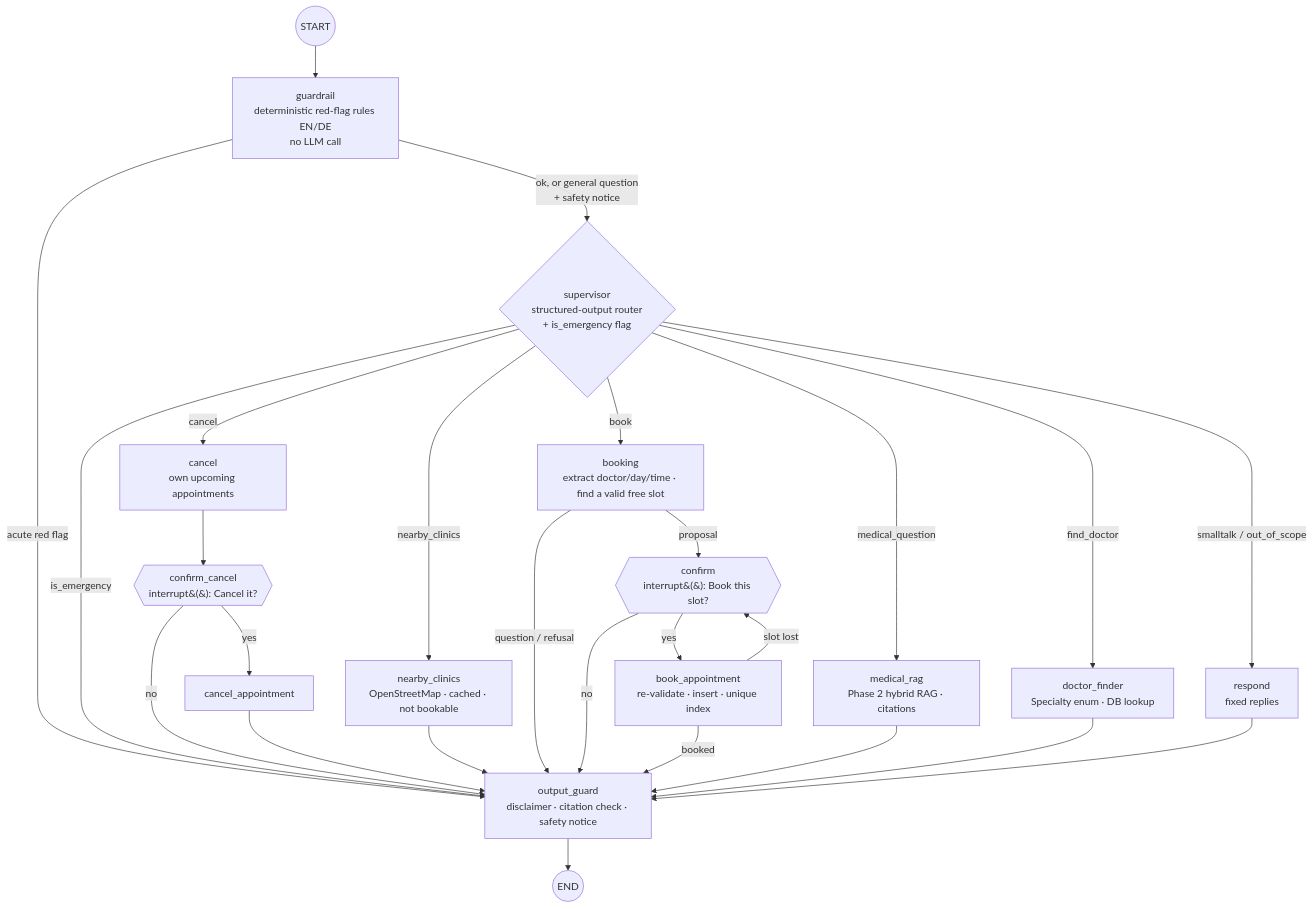
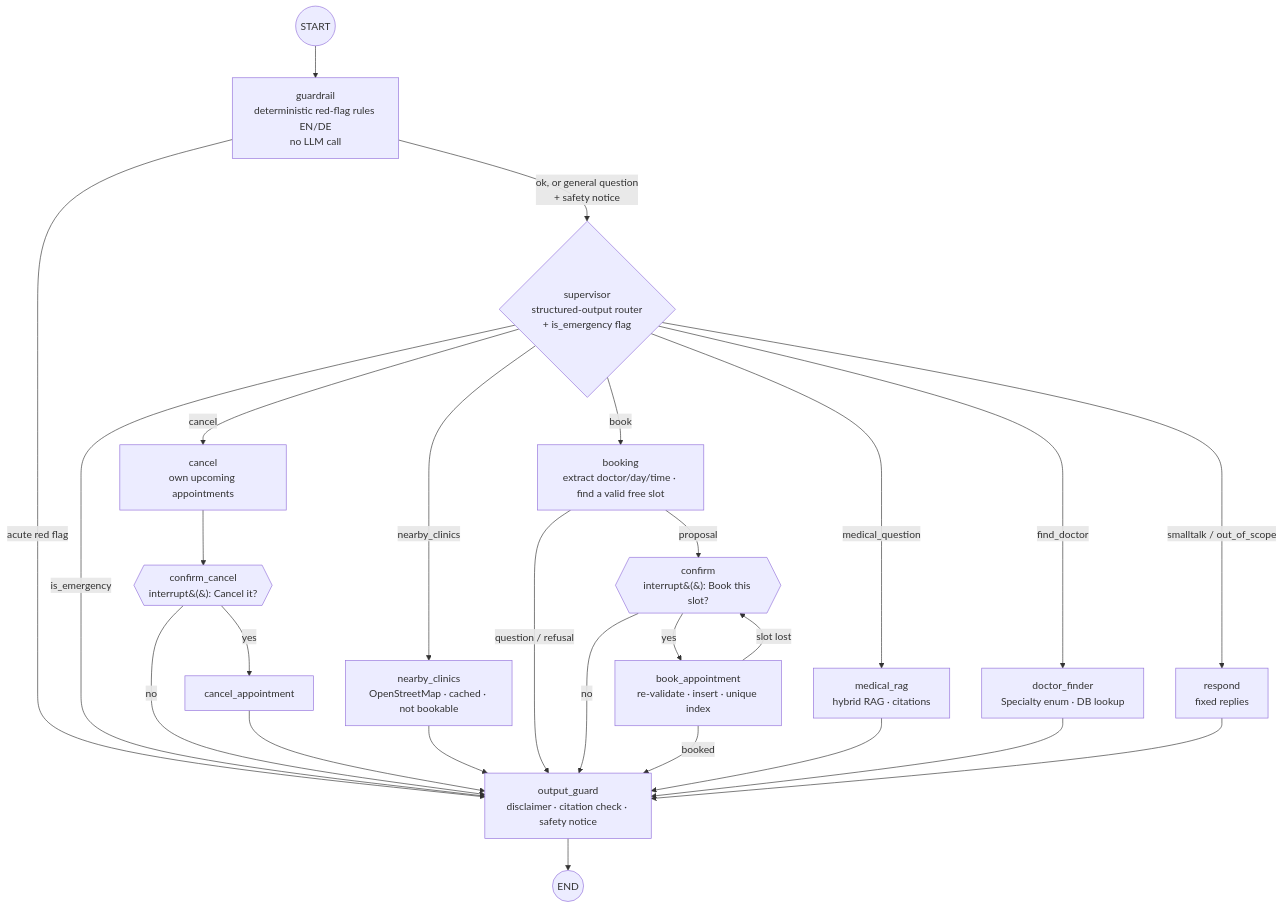
The second of 6 diagrams in docs/ARCHITECTURE.md (KeertiPremGadde/agentic-healthcare-assistant), drawn with Mermaid before and after one commit. The commit also changed other lines of this file and 69 other files, not shown here.

````diff
--- a/docs/ARCHITECTURE.md
+++ b/docs/ARCHITECTURE.md
@@ -27,28 +27,28 @@
 ```mermaid
 flowchart TD
     START((START)) --> GR[guardrail<br/>deterministic red-flag rules EN/DE<br/>no LLM call]
     GR -->|acute red flag| OUT
     GR -->|ok, or general question<br/>+ safety notice| SUP{supervisor<br/>structured-output router<br/>+ is_emergency flag}
     SUP -->|is_emergency| OUT
-    SUP -->|medical_question| RAG[medical_rag<br/>Phase 2 hybrid RAG · citations]
+    SUP -->|medical_question| RAG[medical_rag<br/>hybrid RAG · citations]
     SUP -->|find_doctor| DF[doctor_finder<br/>Specialty enum · DB lookup]
     SUP -->|book| BK[booking<br/>extract doctor/day/time · find a valid free slot]
     SUP -->|cancel| CX[cancel<br/>own upcoming appointments]
     SUP -->|nearby_clinics| NB[nearby_clinics<br/>OpenStreetMap · cached · not bookable]
     SUP -->|smalltalk / out_of_scope| RS[respond<br/>fixed replies]
     CX --> CC{{confirm_cancel<br/>interrupt&#40;&#41;: Cancel it?}}
     CC -->|yes| CA[cancel_appointment]
     CC -->|no| OUT
     CA --> OUT
     NB --> OUT
     BK -->|proposal| HITL{{confirm<br/>interrupt&#40;&#41;: Book this slot?}}
     BK -->|question / refusal| OUT
     HITL -->|yes| BOOK[book_appointment<br/>re-validate · insert · unique index]
     HITL -->|no| OUT
     BOOK -->|slot lost| HITL
     BOOK -->|booked| OUT
     RAG --> OUT[output_guard<br/>disclaimer · citation check · safety notice]
     DF --> OUT
     RS --> OUT
     OUT --> END((END))
 ```
````
